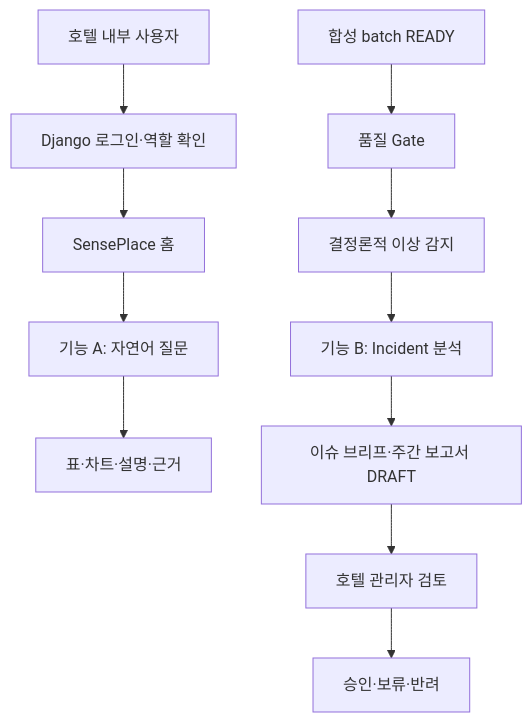
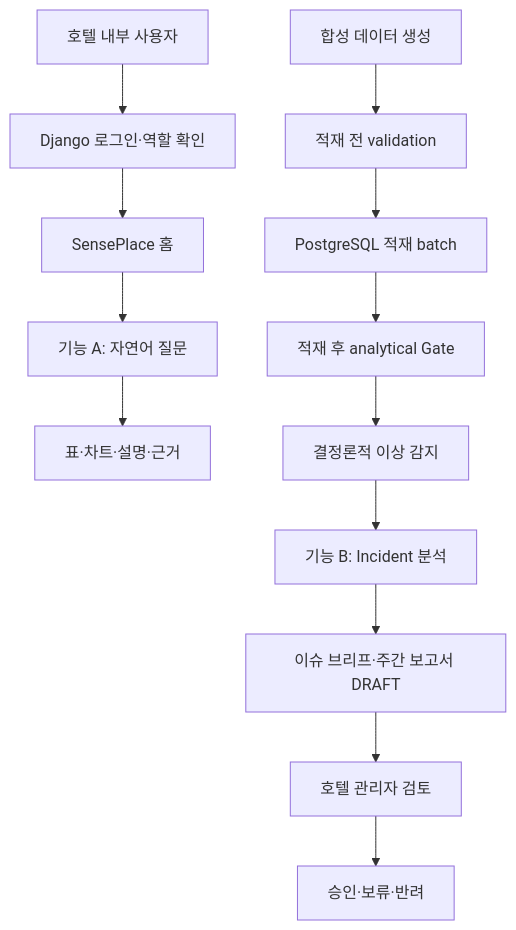
The first of 2 diagrams in docs/markdown/03_프로젝트기획서.md (hijun318-eng/skn29_final_3team), drawn with Mermaid before and after one commit. The commit also changed other lines of this file and 5 other files, not shown here.

````diff
--- a/docs/markdown/03_프로젝트기획서.md
+++ b/docs/markdown/03_프로젝트기획서.md
@@ -196,14 +214,16 @@
 ```mermaid
 flowchart TB
     U[호텔 내부 사용자] --> D[Django 로그인·역할 확인]
     D --> H[SensePlace 홈]
     H --> QA[기능 A: 자연어 질문]
     QA --> QR[표·차트·설명·근거]
 
-    B[합성 batch READY] --> QG[품질 Gate]
+    G[합성 데이터 생성] --> PV[적재 전 validation]
+    PV --> B[PostgreSQL 적재 batch]
+    B --> QG[적재 후 analytical Gate]
     QG --> DT[결정론적 이상 감지]
     DT --> IA[기능 B: Incident 분석]
     IA --> RP[이슈 브리프·주간 보고서 DRAFT]
     RP --> RV[호텔 관리자 검토]
     RV --> DC[승인·보류·반려]
 ```
````
